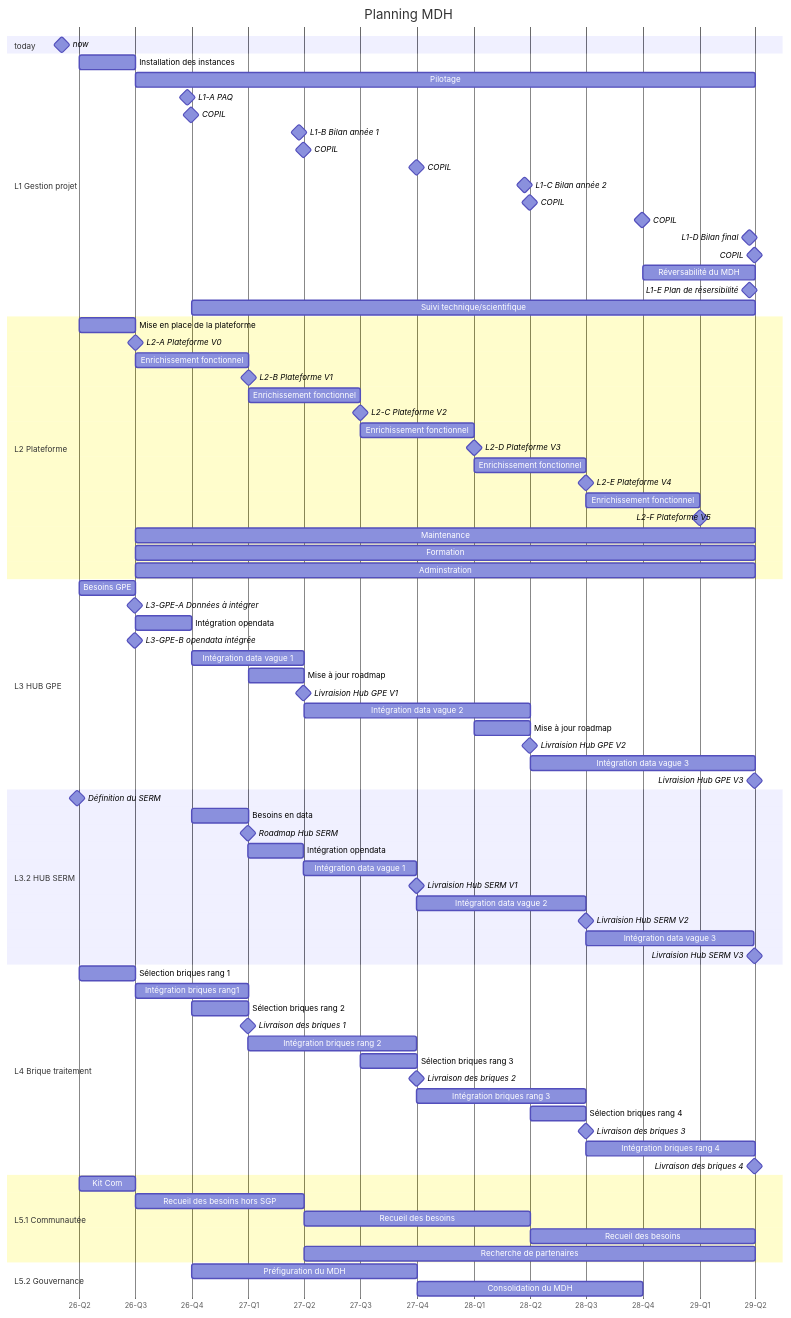
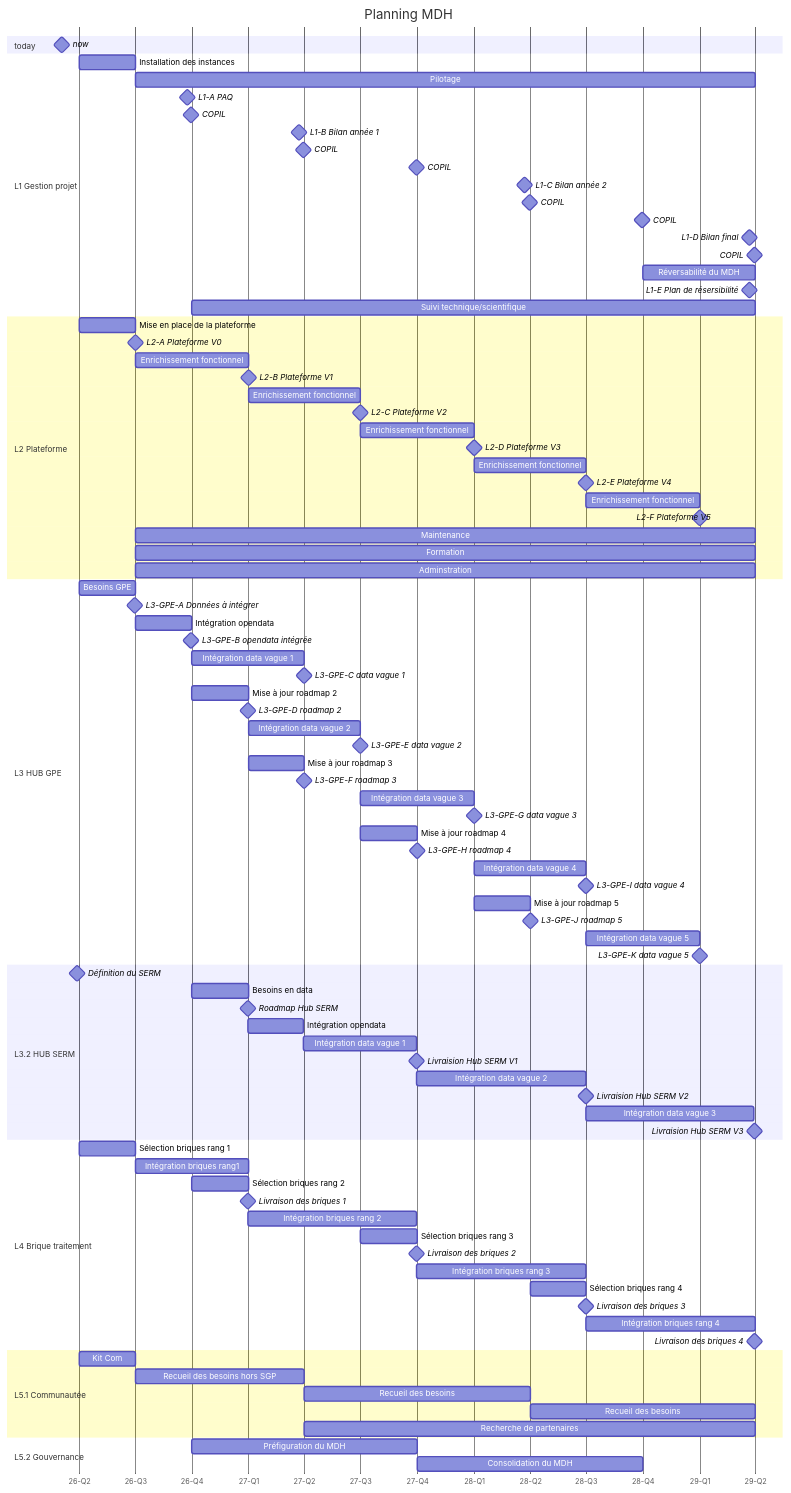
Before and after one commit to cdamas-cerema/test: the diagram in README.md, drawn with Mermaid.

Commit message:
Revise roadmap milestones for L3-GPE sections
Updated milestones and roadmap entries for L3-GPE sections.

```diff
--- a/README.md
+++ b/README.md
@@ -48,15 +48,25 @@
         Besoins GPE                          :2026-04-01, 3M
         L3-GPE-A Données à intégrer          :milestone, 2026-06-30, 1m
         Intégration opendata                 :2026-07-01, 3M
-        L3-GPE-B opendata intégrée           :milestone, 2026-06-30, 1m
+        L3-GPE-B opendata intégrée           :milestone, 2026-09-30, 1m
         Intégration data vague 1             :2026-10-01, 6M
-        Mise à jour roadmap                  :2027-01-01, 3M
-        Livraision Hub GPE V1                :milestone, 2027-03-31, 1m
-        Intégration data vague 2             :2027-04-01, 12M
-        Mise à jour roadmap                  :2028-01-01, 3M
-        Livraision Hub GPE V2                :milestone, 2028-03-31, 1m
-        Intégration data vague 3             :2028-04-01, 12M
-        Livraision Hub GPE V3                :milestone, 2029-03-31, 1m
+        L3-GPE-C  data vague 1               :milestone, 2027-04-01, 1m
+        Mise à jour roadmap 2                :2026-10-01, 3M
+        L3-GPE-D roadmap 2                   :milestone, 2026-12-31, 1m
+        Intégration data vague 2             :2027-01-01, 6M
+        L3-GPE-E data vague 2                :milestone, 2027-07-01, 1m
+        Mise à jour roadmap 3                :2027-01-01, 3M
+        L3-GPE-F roadmap 3                   :milestone, 2027-04-01, 1m
+        Intégration data vague 3             :2027-07-01, 6M
+        L3-GPE-G data vague 3                :milestone, 2028-01-01, 1m
+        Mise à jour roadmap 4                :2027-07-01, 3M
+        L3-GPE-H roadmap 4                   :milestone, 2027-10-01, 1m
+        Intégration data vague 4             :2028-01-01, 6M
+        L3-GPE-I data vague 4                :milestone, 2028-07-01, 1m
+        Mise à jour roadmap 5                :2028-01-01, 3M
+        L3-GPE-J roadmap 5                   :milestone, 2028-04-01, 1m
+        Intégration data vague 5             :2028-07-01, 6M
+        L3-GPE-K data vague 5                :milestone, 2029-01-01, 1m
 
     section L3.2 HUB SERM
         Définition du SERM                   :milestone, 2026-03-29, 1m
```
